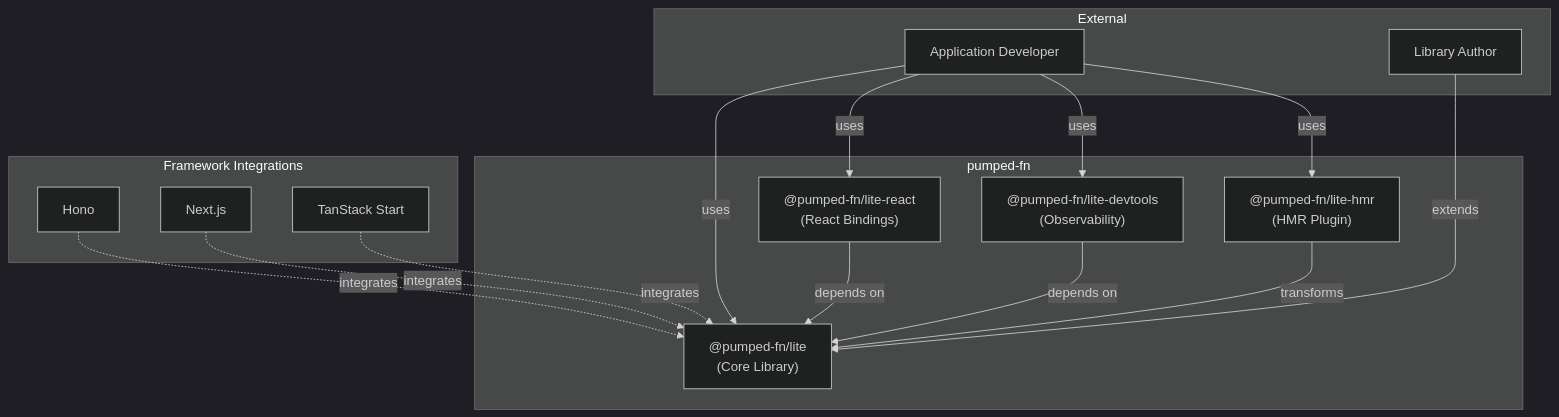
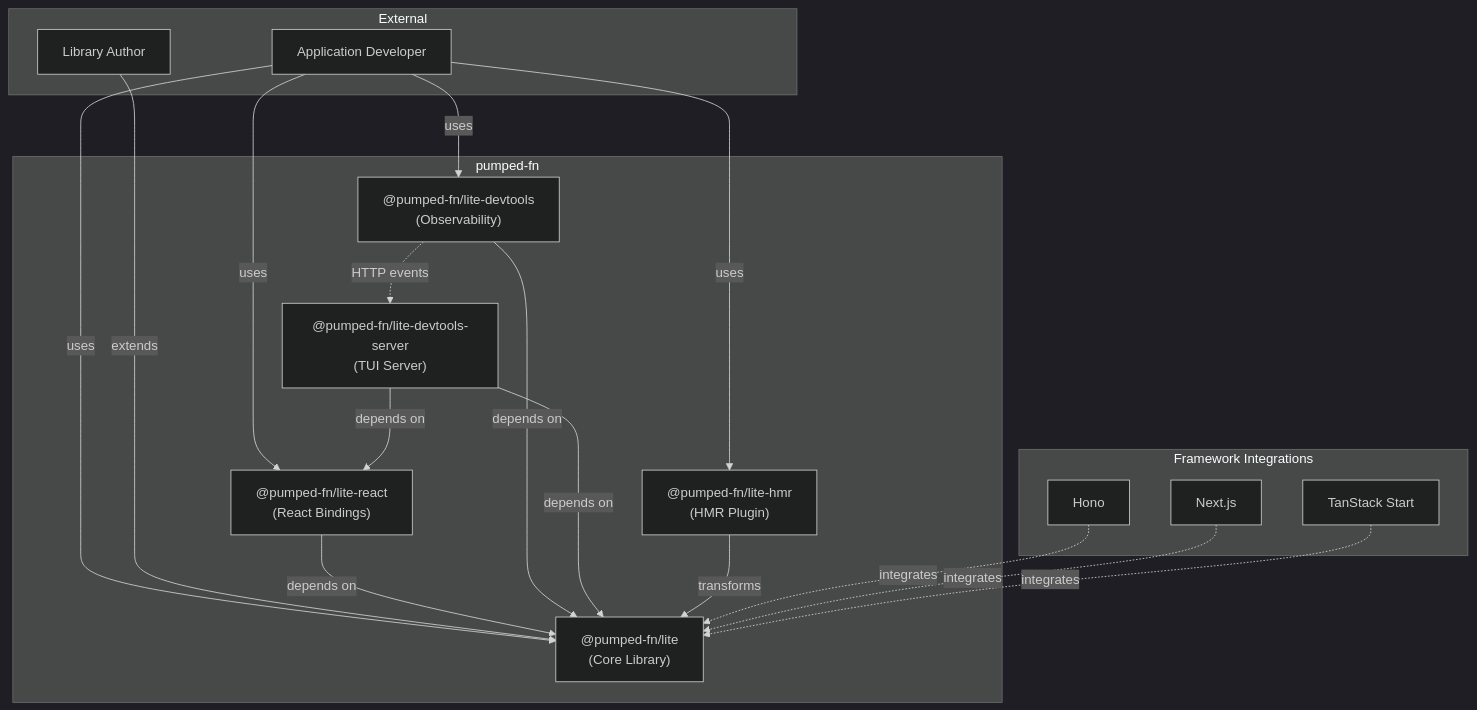
One commit to pumped-fn/pumped-fn changed the diagram in .c3/README.md. Above: the diagram before and after it, drawn with Mermaid (dark theme). The commit also changed other lines of this file and 6 other files, not shown here.

````diff
--- a/.c3/README.md
+++ b/.c3/README.md
@@ -27,34 +27,38 @@
 ```mermaid
 graph TB
     subgraph "External"
         AppDev[Application Developer]
         LibAuthor[Library Author]
     end
 
     subgraph "pumped-fn"
         Lite["@pumped-fn/lite<br/>(Core Library)"]
         ReactLite["@pumped-fn/lite-react<br/>(React Bindings)"]
         Devtools["@pumped-fn/lite-devtools<br/>(Observability)"]
+        DevtoolsServer["@pumped-fn/lite-devtools-server<br/>(TUI Server)"]
         LiteHMR["@pumped-fn/lite-hmr<br/>(HMR Plugin)"]
     end
 
     subgraph "Framework Integrations"
         Hono[Hono]
         NextJS[Next.js]
         TanStack[TanStack Start]
     end
 
     AppDev -->|uses| Lite
     AppDev -->|uses| ReactLite
     AppDev -->|uses| Devtools
     LibAuthor -->|extends| Lite
 
     ReactLite -->|depends on| Lite
     Devtools -->|depends on| Lite
+    DevtoolsServer -->|depends on| Lite
+    DevtoolsServer -->|depends on| ReactLite
+    Devtools -.->|HTTP events| DevtoolsServer
     LiteHMR -->|transforms| Lite
 
     AppDev -->|uses| LiteHMR
     Hono -.->|integrates| Lite
     NextJS -.->|integrates| Lite
     TanStack -.->|integrates| Lite
 ```
````
